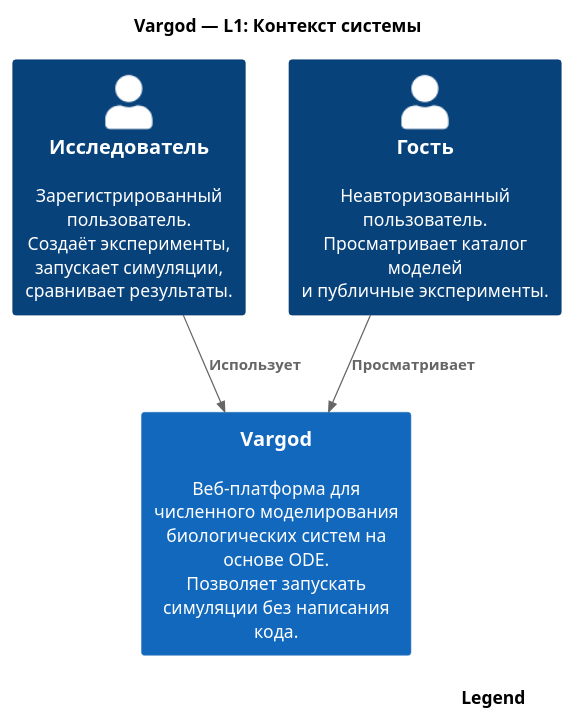
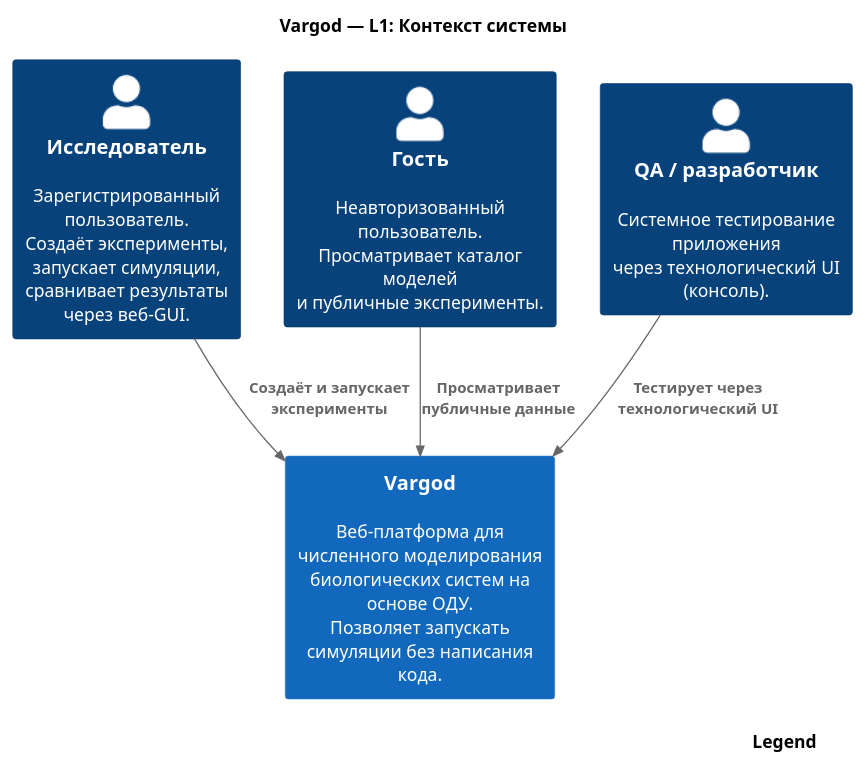
The diagram in diagrams/c4_l1_context.puml (Nna2291/vargod), drawn with PlantUML before and after one commit. The commit also changed 324 other files, not shown here.

```diff
--- a/diagrams/c4_l1_context.puml
+++ b/diagrams/c4_l1_context.puml
@@ -1,16 +1,18 @@
 @startuml c4_l1_context
 !include https://raw.githubusercontent.com/plantuml-stdlib/C4-PlantUML/v2.10.0/C4_Context.puml
 
 SHOW_LEGEND()
 
 title Vargod — L1: Контекст системы
 
-Person(researcher, "Исследователь", "Зарегистрированный пользователь.\nСоздаёт эксперименты, запускает симуляции,\nсравнивает результаты.")
+Person(researcher, "Исследователь", "Зарегистрированный пользователь.\nСоздаёт эксперименты, запускает симуляции,\nсравнивает результаты через веб-GUI.")
 Person(guest, "Гость", "Неавторизованный пользователь.\nПросматривает каталог моделей\nи публичные эксперименты.")
+Person(qa, "QA / разработчик", "Системное тестирование приложения\nчерез технологический UI (консоль).")
 
-System(vargod, "Vargod", "Веб-платформа для численного моделирования\nбиологических систем на основе ODE.\nПозволяет запускать симуляции без написания кода.")
+System(vargod, "Vargod", "Веб-платформа для численного моделирования\nбиологических систем на основе ОДУ.\nПозволяет запускать симуляции без написания кода.")
 
-Rel(researcher, vargod, "Использует")
-Rel(guest, vargod, "Просматривает")
+Rel(researcher, vargod, "Создаёт и запускает эксперименты")
+Rel(guest, vargod, "Просматривает публичные данные")
+Rel(qa, vargod, "Тестирует через технологический UI")
 
 @enduml
```
